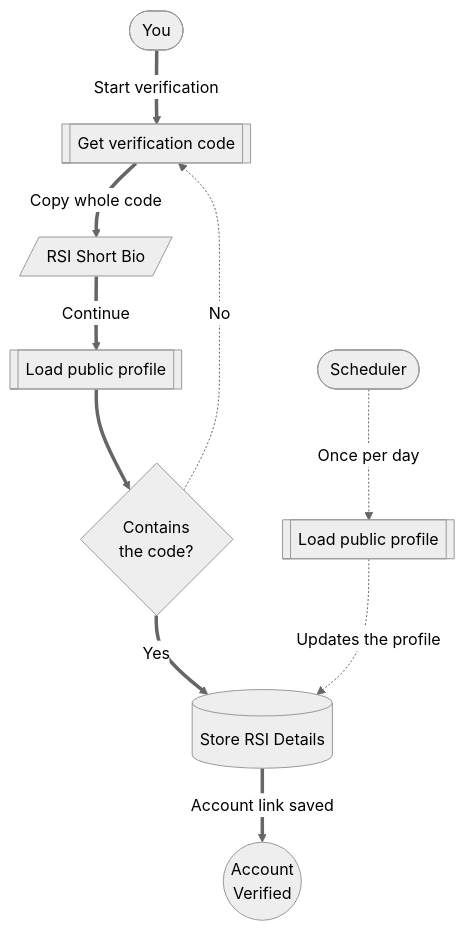
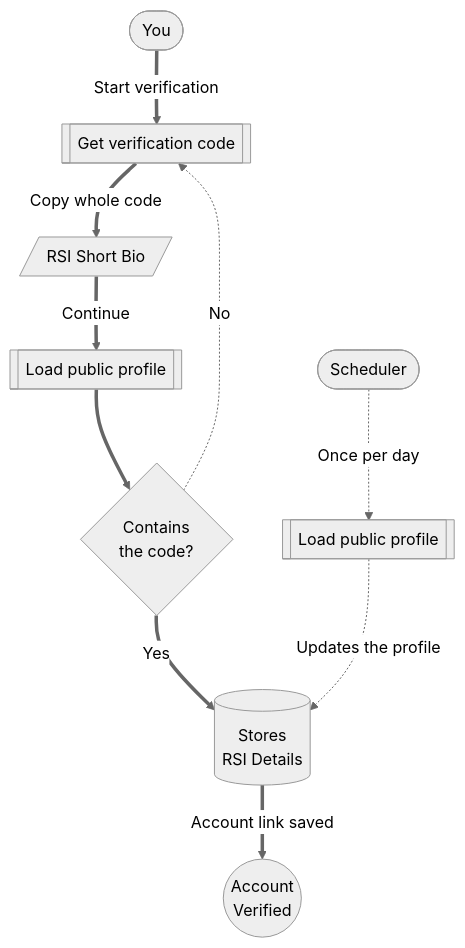
One commit to ArkanisCorporation/CitizenId-docs changed the diagram in docs/players/rsi-verification.md. Above: the diagram before and after it, drawn with Mermaid (neutral theme). The commit also changed 7 other files, not shown here.

````diff
--- a/docs/players/rsi-verification.md
+++ b/docs/players/rsi-verification.md
@@ -17,29 +17,29 @@
 ```mermaid
 flowchart TD
   you(["You"])
   scheduler(["Scheduler"])
   cid1[["Get verification code"]]
   bio[/"RSI Short Bio"/]
   cid2[["Load public profile"]]
   contains{"Contains<br/>the code?"}
-  store[(Store RSI Details)]
+  store[(Stores<br/>RSI Details)]
   verified((Account<br/>Verified))
   refresh[["Load public profile"]]
 
   you ==>|Start verification| cid1
   cid1 ==>|Copy whole code| bio
   bio ==>|Continue| cid2
   cid2 ==> contains
   contains ==>|Yes| store
   contains -. "No" .-> cid1
   store ==>|Account link saved| verified
   scheduler -. "Once per day" .-> refresh
   refresh -. "Updates the profile" .-> store
 
   class you,scheduler actor;
-  class cid1,refresh service;
+  class cid1,cid2,refresh service;
   class bio context;
   class contains decision;
   class store data;
   class verified success;
 ```
````
